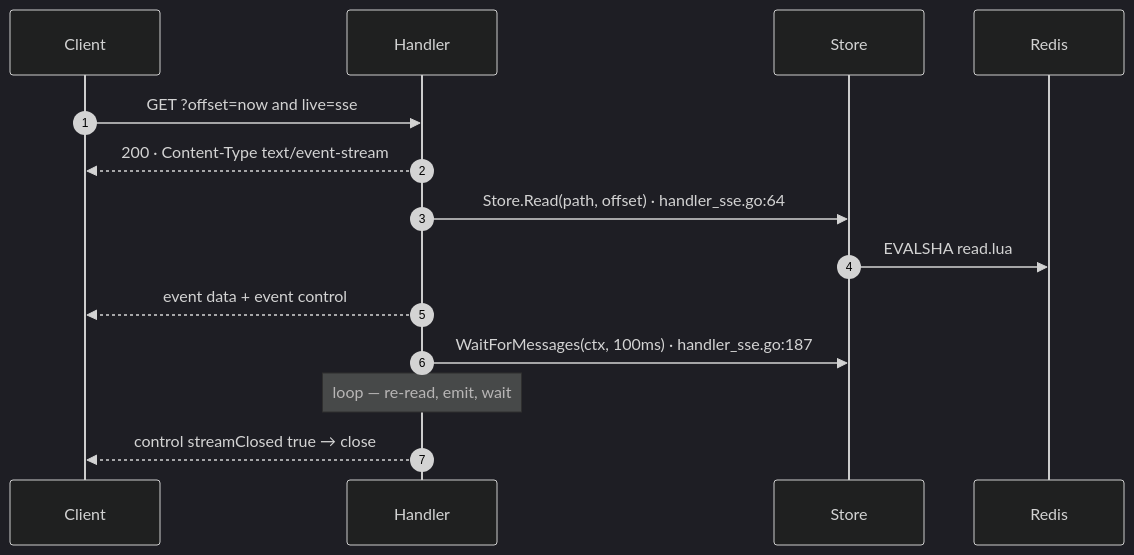
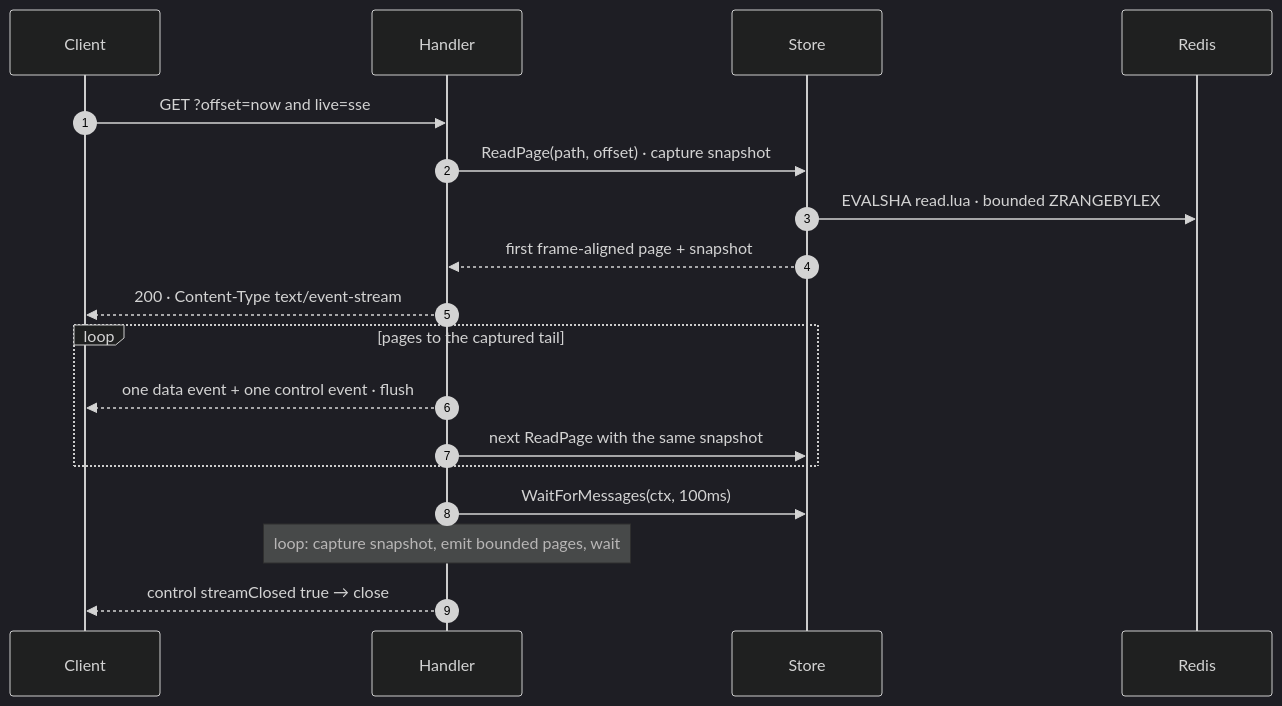
The diagram in docs-site/diagrams/seq-sse.mmd (adityavkk/chronicle), drawn with Mermaid (dark theme) before and after one commit. The commit also changed 85 other files, not shown here.

Commit message:
perf(read): bound and stream catch-up pages

```diff
--- a/docs-site/diagrams/seq-sse.mmd
+++ b/docs-site/diagrams/seq-sse.mmd
@@ -1,14 +1,18 @@
 sequenceDiagram
     autonumber
     participant C as Client
     participant H as Handler
     participant S as Store
     participant R as Redis
     C->>H: GET ?offset=now and live=sse
+    H->>S: ReadPage(path, offset) · capture snapshot
+    S->>R: EVALSHA read.lua · bounded ZRANGEBYLEX
+    S-->>H: first frame-aligned page + snapshot
     H-->>C: 200 · Content-Type text/event-stream
-    H->>S: Store.Read(path, offset) · handler_sse.go:64
-    S->>R: EVALSHA read.lua
-    H-->>C: event data + event control
-    H->>S: WaitForMessages(ctx, 100ms) · handler_sse.go:187
-    Note over H: loop — re-read, emit, wait
+    loop pages to the captured tail
+        H-->>C: one data event + one control event · flush
+        H->>S: next ReadPage with the same snapshot
+    end
+    H->>S: WaitForMessages(ctx, 100ms)
+    Note over H: loop: capture snapshot, emit bounded pages, wait
     H-->>C: control streamClosed true → close
```
